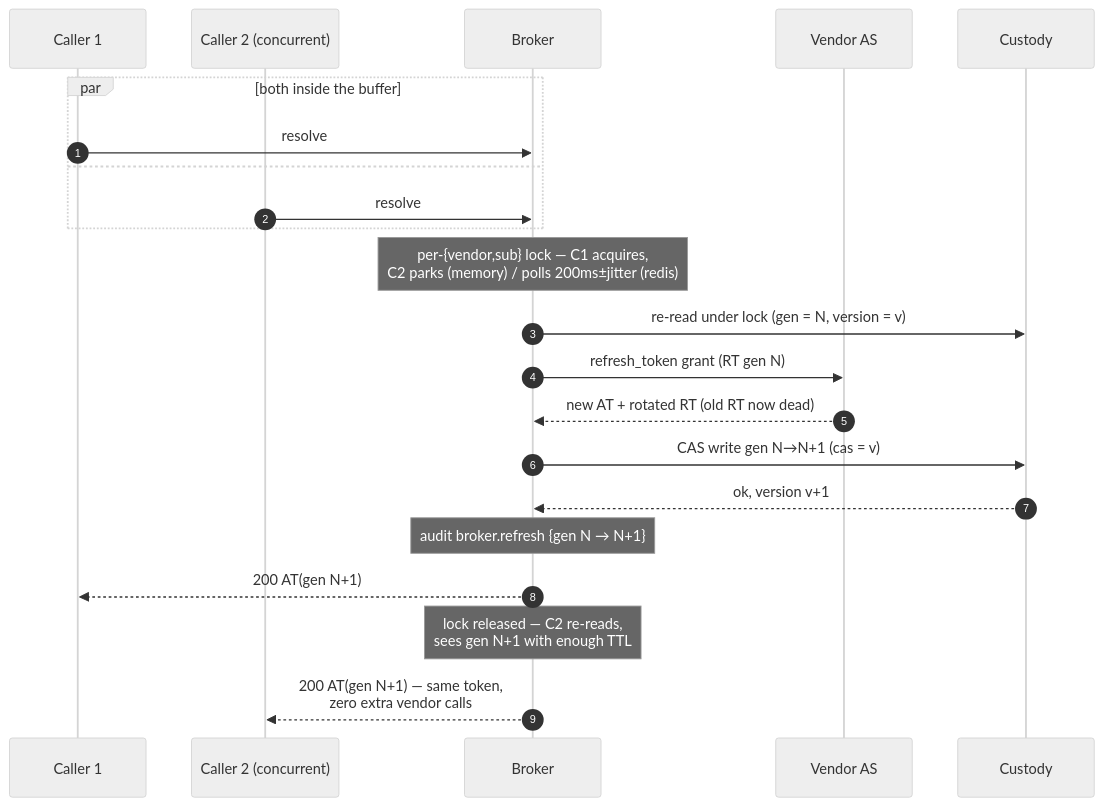
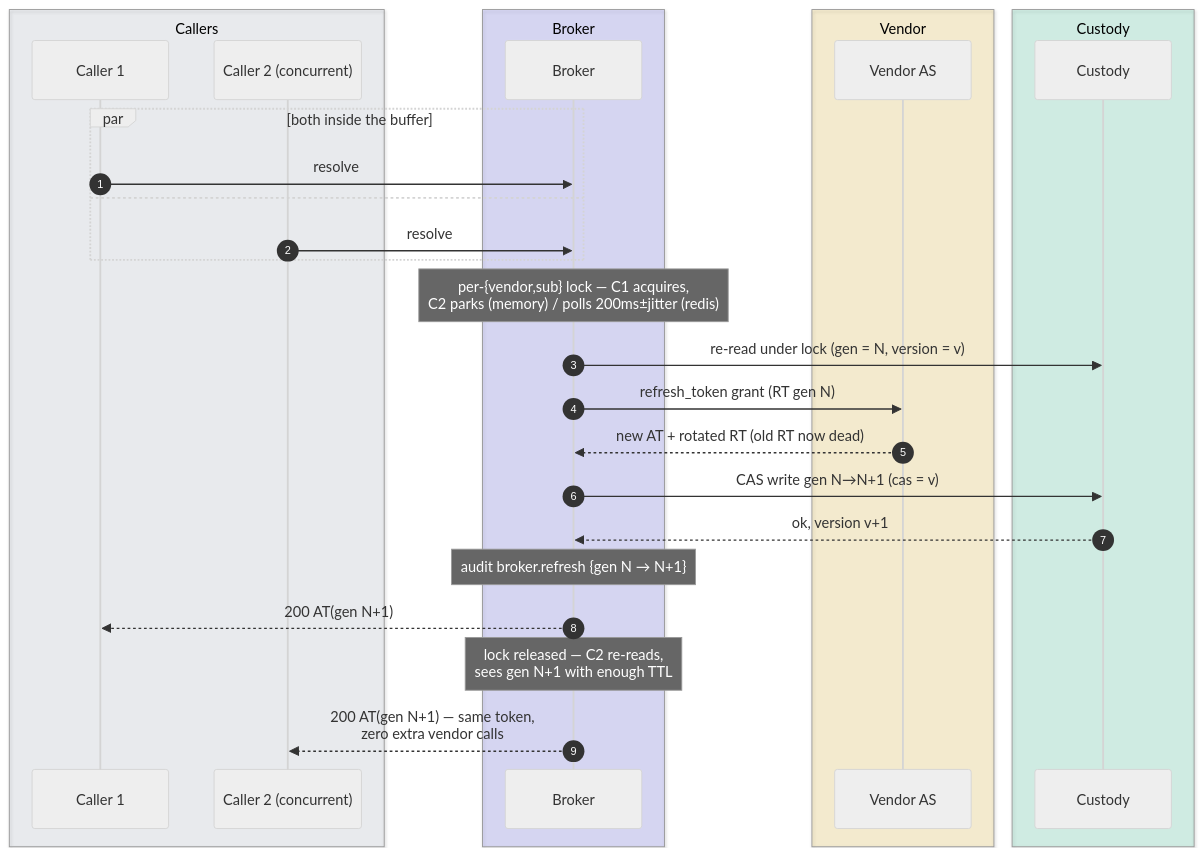
Before and after one commit to chief-builder/vendor-token-broker: the fourth of 10 diagrams in docs/token-lifecycle.md, drawn with Mermaid (neutral theme). The commit also changed other lines of this file and 1 other file, not shown here.

First line of the commit message:
docs: theme-aware diagram colors + decluttered orientation map

````diff
--- a/docs/token-lifecycle.md
+++ b/docs/token-lifecycle.md
@@ -124,25 +152,33 @@
 ```mermaid
 sequenceDiagram
     autonumber
-    participant C1 as Caller 1
-    participant C2 as Caller 2 (concurrent)
-    participant B as Broker
-    participant V as Vendor AS
-    participant K as Custody
+    box rgba(148,163,184,0.14) Callers
+        participant C1 as Caller 1
+        participant C2 as Caller 2 (concurrent)
+    end
+    box rgba(99,102,241,0.20) Broker
+        participant B as Broker
+    end
+    box rgba(234,179,8,0.16) Vendor
+        participant V as Vendor AS
+    end
+    box rgba(16,185,129,0.16) Custody
+        participant K as Custody
+    end
 
     par both inside the buffer
         C1->>B: resolve
     and
         C2->>B: resolve
     end
     Note over B: per-{vendor,sub} lock — C1 acquires,<br/>C2 parks (memory) / polls 200ms±jitter (redis)
     B->>K: re-read under lock (gen = N, version = v)
     B->>V: refresh_token grant (RT gen N)
     V-->>B: new AT + rotated RT (old RT now dead)
     B->>K: CAS write gen N→N+1 (cas = v)
     K-->>B: ok, version v+1
     Note over B: audit broker.refresh {gen N → N+1}
     B-->>C1: 200 AT(gen N+1)
     Note over B: lock released — C2 re-reads,<br/>sees gen N+1 with enough TTL
     B-->>C2: 200 AT(gen N+1) — same token,<br/>zero extra vendor calls
 ```
````
